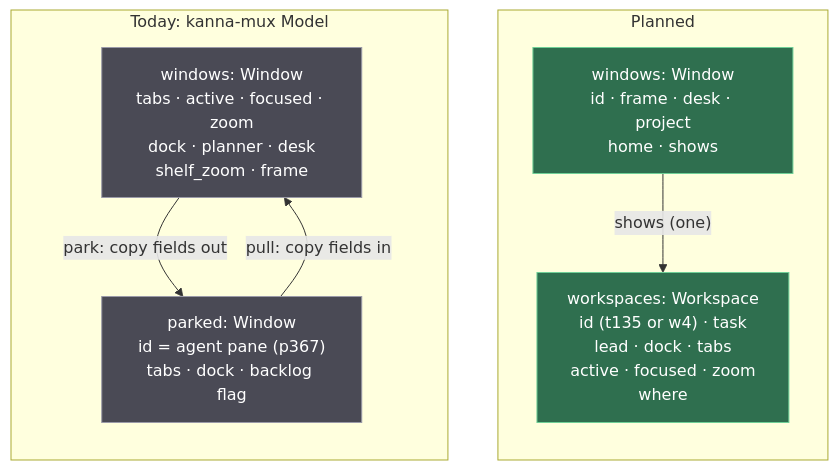
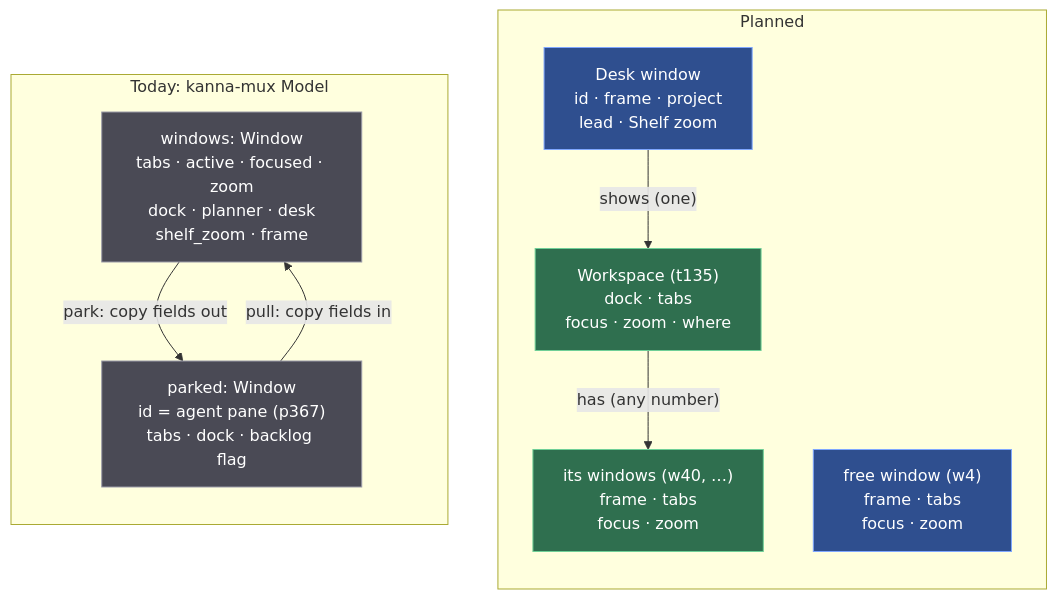
Before and after one commit to jemdiggity/kanna-v4: the first of 3 diagrams in docs/specs/workspaces.md, drawn with Mermaid. The commit also changed other lines of this file and 2 other files, not shown here.

````diff
--- a/docs/specs/workspaces.md
+++ b/docs/specs/workspaces.md
@@ -23,19 +23,24 @@
 ```mermaid
 flowchart LR
     subgraph BEFORE["Today: kanna-mux Model"]
         BW["windows: Window<br/>tabs · active · focused · zoom<br/>dock · planner · desk<br/>shelf_zoom · frame"]
         BP["parked: Window<br/>id = agent pane (p367)<br/>tabs · dock · backlog flag"]
         BW -->|"park: copy fields out"| BP
         BP -->|"pull: copy fields in"| BW
     end
     subgraph AFTER["Planned"]
-        AW["windows: Window<br/>id · frame · desk · project<br/>home · shows"]
-        AS["workspaces: Workspace<br/>id (t135 or w4) · task<br/>lead · dock · tabs<br/>active · focused · zoom<br/>where"]
-        AW -->|"shows (one)"| AS
+        DW["Desk window<br/>id · frame · project<br/>lead · Shelf zoom"]
+        WS["Workspace (t135)<br/>dock · tabs<br/>focus · zoom · where"]
+        OW["its windows (w40, …)<br/>frame · tabs<br/>focus · zoom"]
+        FW["free window (w4)<br/>frame · tabs<br/>focus · zoom"]
+        DW -->|"shows (one)"| WS
+        WS -->|"has (any number)"| OW
     end
     BEFORE ~~~ AFTER
     classDef old fill:#4a4a55,stroke:#9a9aa8,color:#ffffff
     classDef ours fill:#2f6f4f,stroke:#6fcf97,color:#ffffff
+    classDef plain fill:#2f4f8f,stroke:#7fa7ff,color:#ffffff
     class BW,BP old
-    class AW,AS ours
+    class WS,OW ours
+    class DW,FW plain
 ```
````
